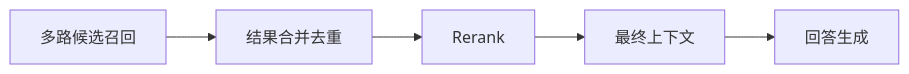
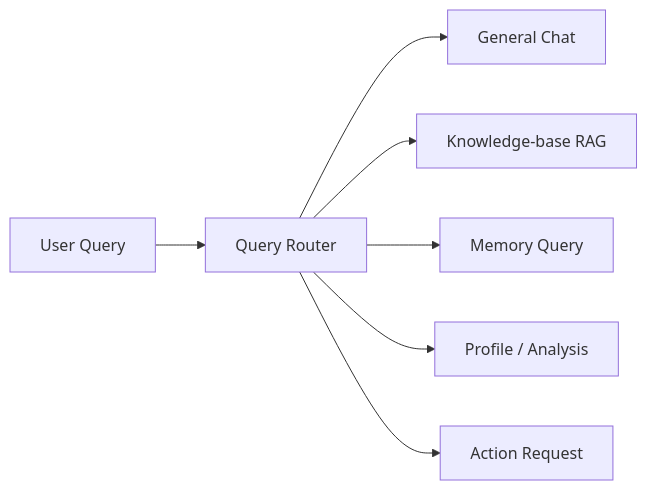
The seventh of 23 diagrams in company_target/day1-day20-summary.md (pretextQ/Reminder), drawn with Mermaid before and after one commit. The commit also changed other lines of this file and 4 other files, not shown here.

````diff
--- a/company_target/day1-day20-summary.md
+++ b/company_target/day1-day20-summary.md
@@ -225,7 +230,9 @@
 ```mermaid
 flowchart LR
-    A[多路候选召回] --> B[结果合并去重]
-    B --> C[Rerank]
-    C --> D[最终上下文]
-    D --> E[回答生成]
+    A[User Query] --> B[Query Router]
+    B --> C[General Chat]
+    B --> D[Knowledge-base RAG]
+    B --> E[Memory Query]
+    B --> F[Profile / Analysis]
+    B --> G[Action Request]
 ```
````
